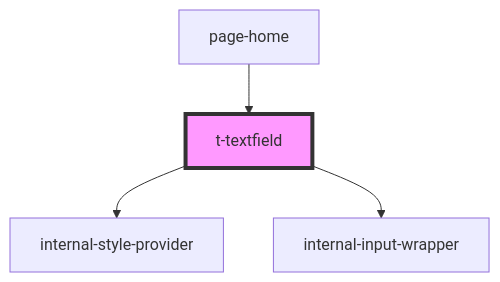
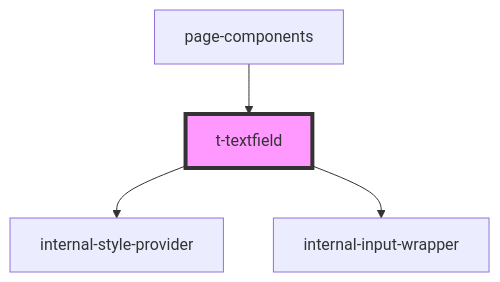
The diagram in packages/stencil/src/components/t-textfield/readme.md (TomasEng/web-components), drawn with Mermaid before and after one commit. The commit also changed other lines of this file and 37 other files, not shown here.

````diff
--- a/packages/stencil/src/components/t-textfield/readme.md
+++ b/packages/stencil/src/components/t-textfield/readme.md
@@ -29,7 +29,7 @@
 ```mermaid
 graph TD;
   t-textfield --> internal-style-provider
   t-textfield --> internal-input-wrapper
-  page-home --> t-textfield
+  page-components --> t-textfield
   style t-textfield fill:#f9f,stroke:#333,stroke-width:4px
 ```
````
